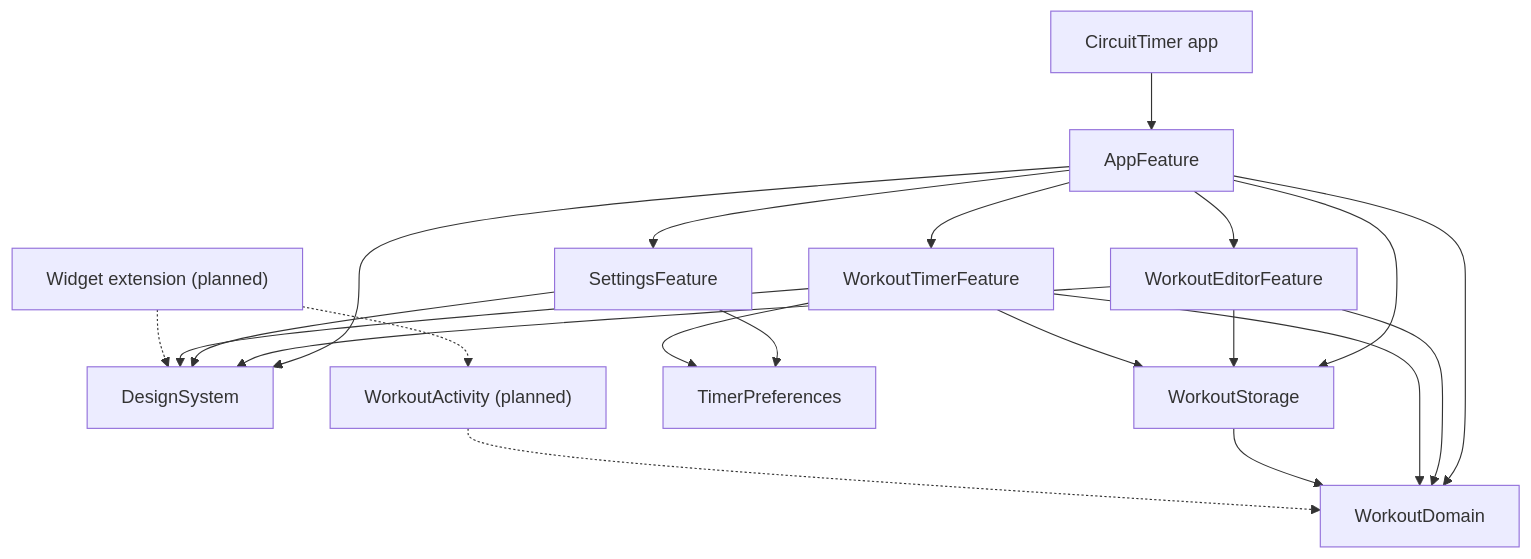
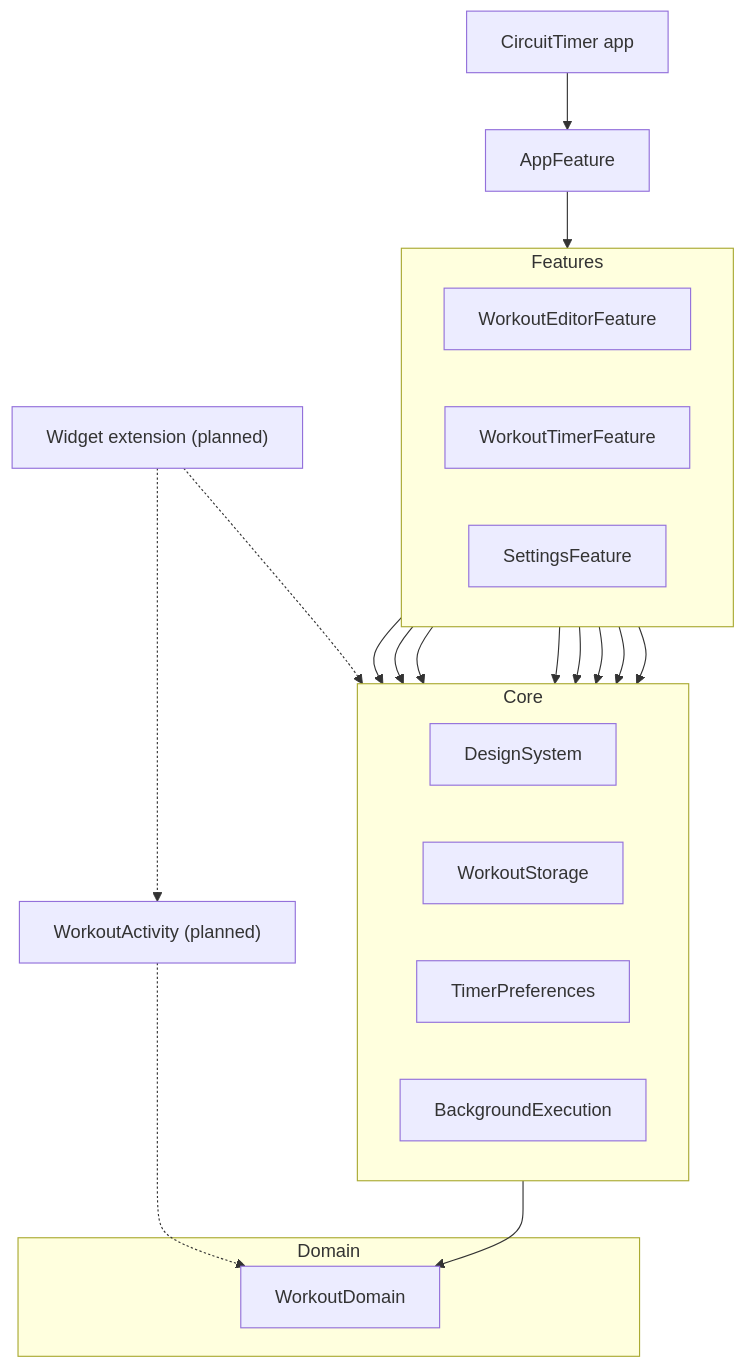
One commit to akrementsov/CircuitTimer changed the diagram in README.md. Above: the diagram before and after it, drawn with Mermaid. The commit also changed other lines of this file, not shown here.

Commit message:
CT-UI: Mark the design transfer done and draw the module graph by layer
The swipe plaques and the own drag reorder shipped with CT-3-2, which
closes the last CT-UI item. The README graph showed every import as a
flat tangle and missed BackgroundExecution; it now groups the modules
into App, Features, Core and Domain layers and draws only the edges
between features and core, naming the omitted ones under it.

````diff
--- a/README.md
+++ b/README.md
@@ -22,23 +24,38 @@
 ```mermaid
-graph TD
+flowchart TD
     App["CircuitTimer app"] --> AppFeature
-    AppFeature --> DesignSystem
-    AppFeature --> WorkoutStorage
-    AppFeature --> WorkoutDomain
-    AppFeature --> WorkoutEditorFeature
-    AppFeature --> SettingsFeature
-    AppFeature --> WorkoutTimerFeature
+
+    subgraph Features
+        direction LR
+        WorkoutEditorFeature
+        WorkoutTimerFeature
+        SettingsFeature
+    end
+
+    subgraph Core
+        direction LR
+        DesignSystem
+        WorkoutStorage
+        TimerPreferences
+        BackgroundExecution
+    end
+
+    subgraph Domain
+        WorkoutDomain
+    end
+
+    AppFeature --> Features
     WorkoutEditorFeature --> DesignSystem
     WorkoutEditorFeature --> WorkoutStorage
-    WorkoutEditorFeature --> WorkoutDomain
+    WorkoutTimerFeature --> DesignSystem
+    WorkoutTimerFeature --> WorkoutStorage
+    WorkoutTimerFeature --> TimerPreferences
+    WorkoutTimerFeature --> BackgroundExecution
+    SettingsFeature --> DesignSystem
     SettingsFeature --> TimerPreferences
-    WorkoutTimerFeature --> TimerPreferences
-    SettingsFeature --> DesignSystem
-    WorkoutTimerFeature --> DesignSystem
-    WorkoutTimerFeature --> WorkoutDomain
-    WorkoutTimerFeature --> WorkoutStorage
     WorkoutStorage --> WorkoutDomain
+
     Widget["Widget extension (planned)"] -.-> WorkoutActivity["WorkoutActivity (planned)"]
     Widget -.-> DesignSystem
     WorkoutActivity -.-> WorkoutDomain
 ```
````
